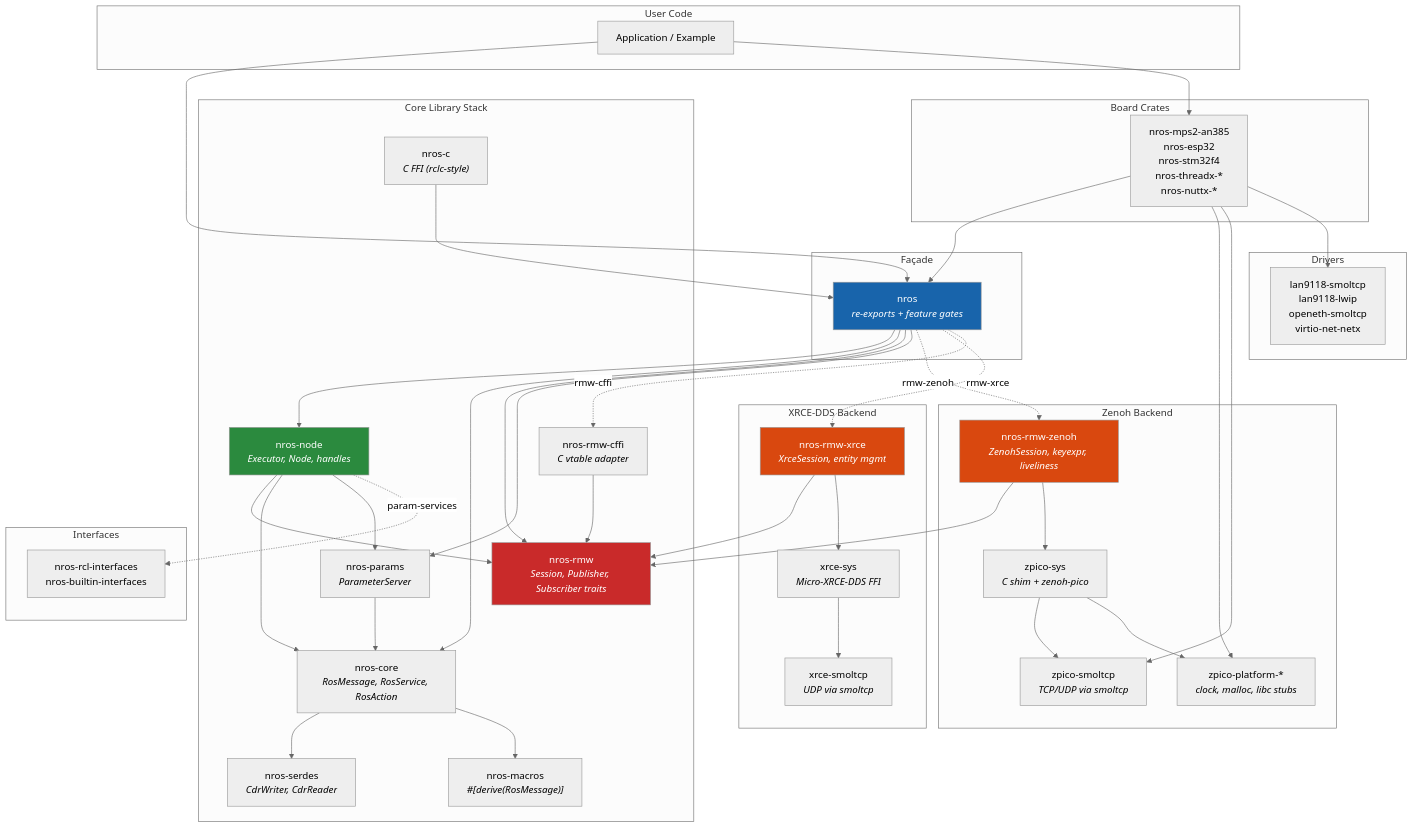
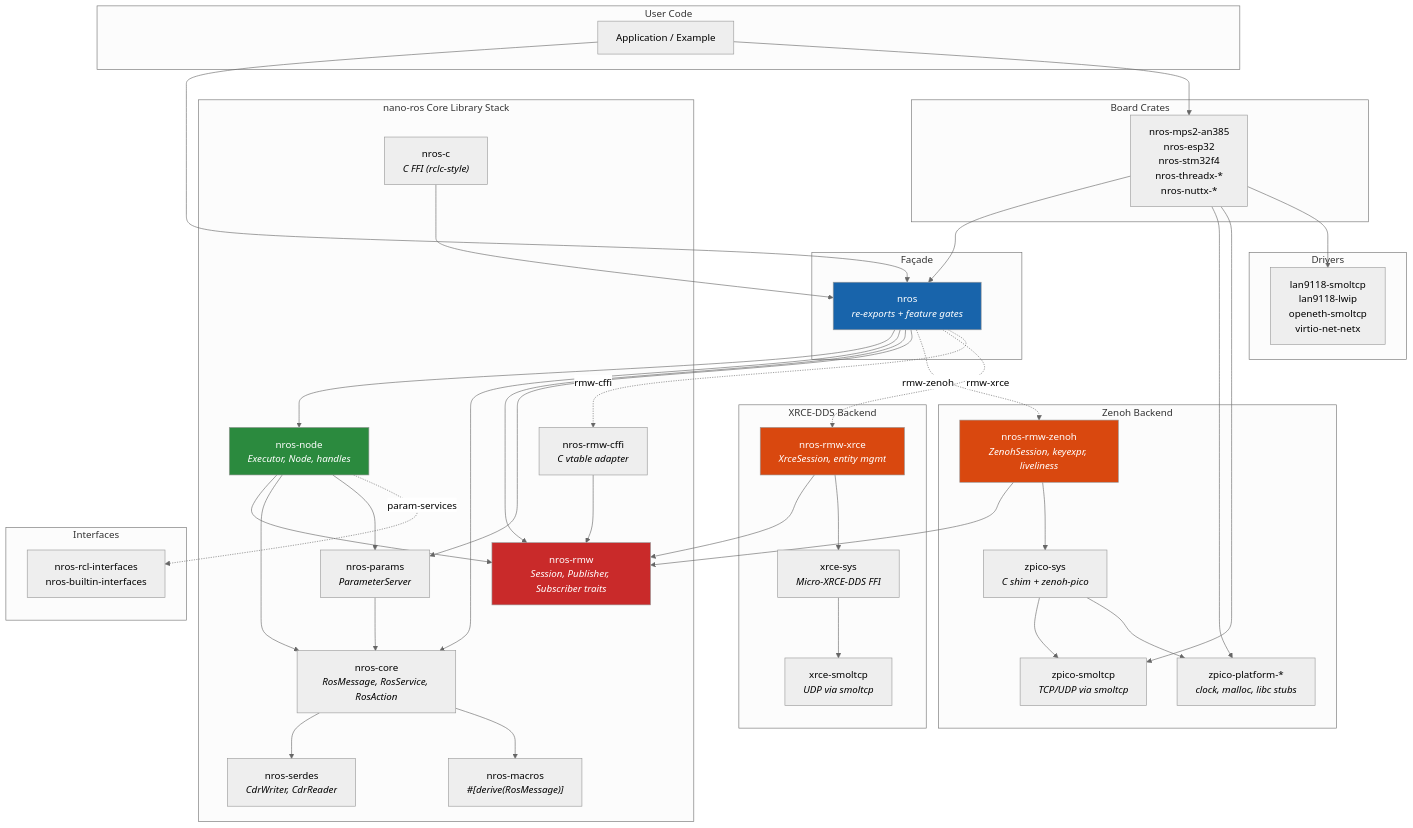
One commit to NEWSLabNTU/nano-ros changed the second of 15 diagrams in docs/design/architecture-overview.md. Above: the diagram before and after it, drawn with Mermaid (neutral theme). The commit also changed other lines of this file and 5 other files, not shown here.

Commit message:
Rename "nros" to "nano-ros" in docs

```diff
--- a/docs/design/architecture-overview.md
+++ b/docs/design/architecture-overview.md
@@ -71,7 +71,7 @@
         NROS["nros<br/><i>re-exports + feature gates</i>"]
     end
 
-    subgraph "Core Library Stack"
+    subgraph "nano-ros Core Library Stack"
         NODE["nros-node<br/><i>Executor, Node, handles</i>"]
         PARAMS["nros-params<br/><i>ParameterServer</i>"]
         CORE["nros-core<br/><i>RosMessage, RosService, RosAction</i>"]
```
